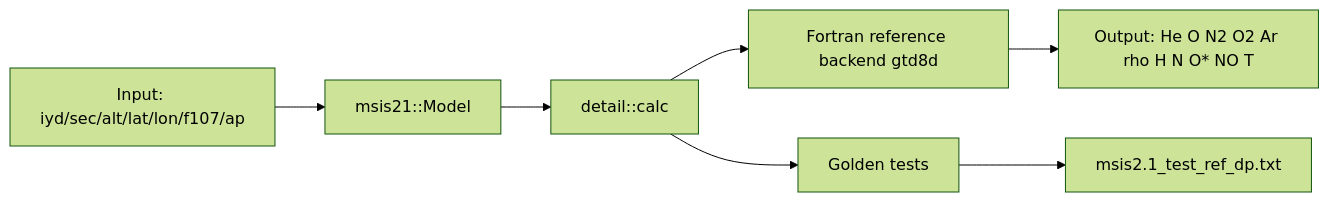
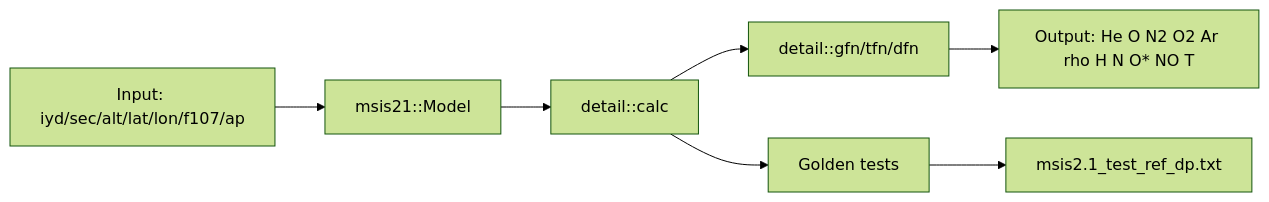
One commit to watsonryan/nrlmsis-2_1 changed the diagram in README.md. Above: the diagram before and after it, drawn with Mermaid (forest theme). The commit also changed 10 other files, not shown here.

Commit message:
remove fortran runtime backend path

````diff
--- a/README.md
+++ b/README.md
@@ -6,9 +6,9 @@
 ```mermaid
 flowchart LR
   A[Input: iyd/sec/alt/lat/lon/f107/ap] --> B[msis21::Model]
   B --> C[detail::calc]
-  C --> D[Fortran reference backend gtd8d]
+  C --> D[detail::gfn/tfn/dfn]
   D --> E[Output: He O N2 O2 Ar rho H N O* NO T]
   C --> F[Golden tests]
   F --> G[msis2.1_test_ref_dp.txt]
 ```
````
